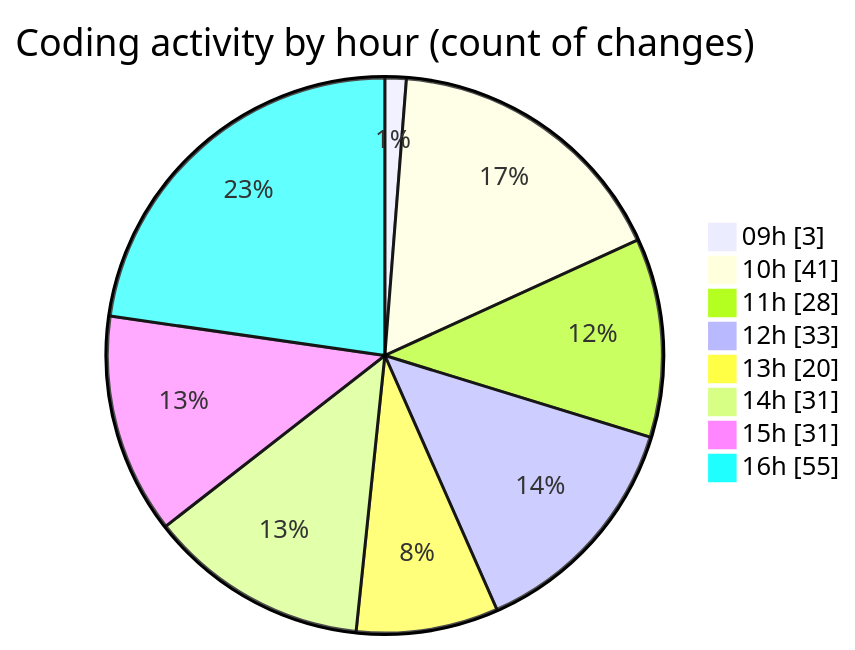
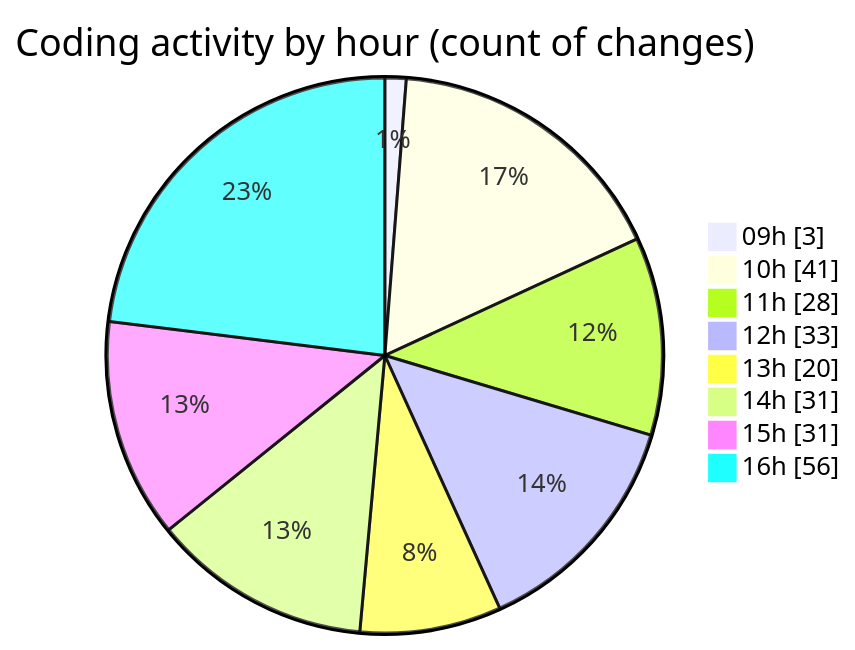
Before and after one commit to CELIANVF/code-tracking: the second of 2 diagrams in 2025-05-19/ecodeli-1/README.md, drawn with Mermaid. The commit also changed other lines of this file and 1 other file, not shown here.

````diff
--- a/2025-05-19/ecodeli-1/README.md
+++ b/2025-05-19/ecodeli-1/README.md
@@ -100,12 +100,12 @@
 ```mermaid
 pie showData
 title Coding activity by hour (count of changes)
 "09h" : 3
 "10h" : 41
 "11h" : 28
 "12h" : 33
 "13h" : 20
 "14h" : 31
 "15h" : 31
-"16h" : 55
+"16h" : 56
 ```
````
